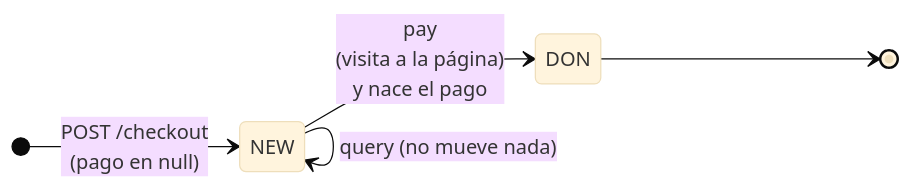
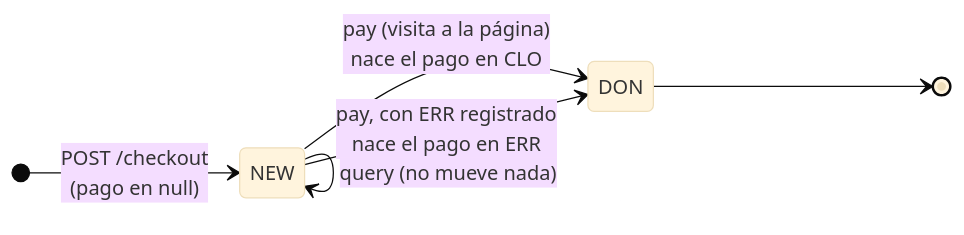
One commit to PurosBrothers/Kit-Pagos-Colombia---Tesis changed the second of 7 diagrams in docs/02-arquitectura/3-api-de-simulacion.md. Above: the diagram before and after it, drawn with Mermaid (base theme). The commit also changed other lines of this file and 8 other files, not shown here.

````diff
--- a/docs/02-arquitectura/3-api-de-simulacion.md
+++ b/docs/02-arquitectura/3-api-de-simulacion.md
@@ -221,8 +244,9 @@
 ```mermaid
 stateDiagram-v2
     direction LR
     [*] --> NEW : POST /checkout<br/>(pago en null)
-    NEW --> DON : pay<br/>(visita a la página)<br/>y nace el pago
+    NEW --> DON : pay (visita a la página)<br/>nace el pago en CLO
+    NEW --> DON : pay, con ERR registrado<br/>nace el pago en ERR
     NEW --> NEW : query (no mueve nada)
     DON --> [*]
 ```
````
